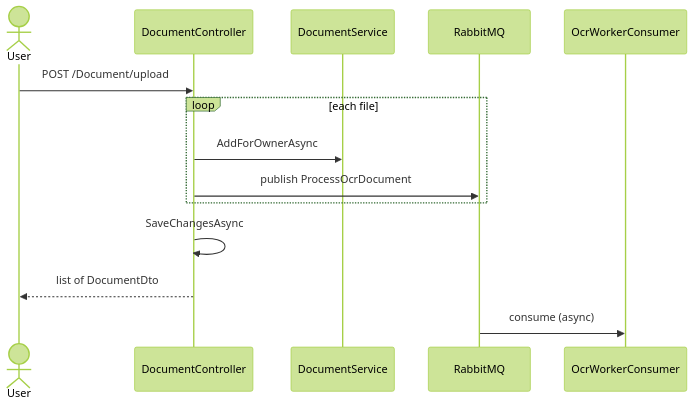
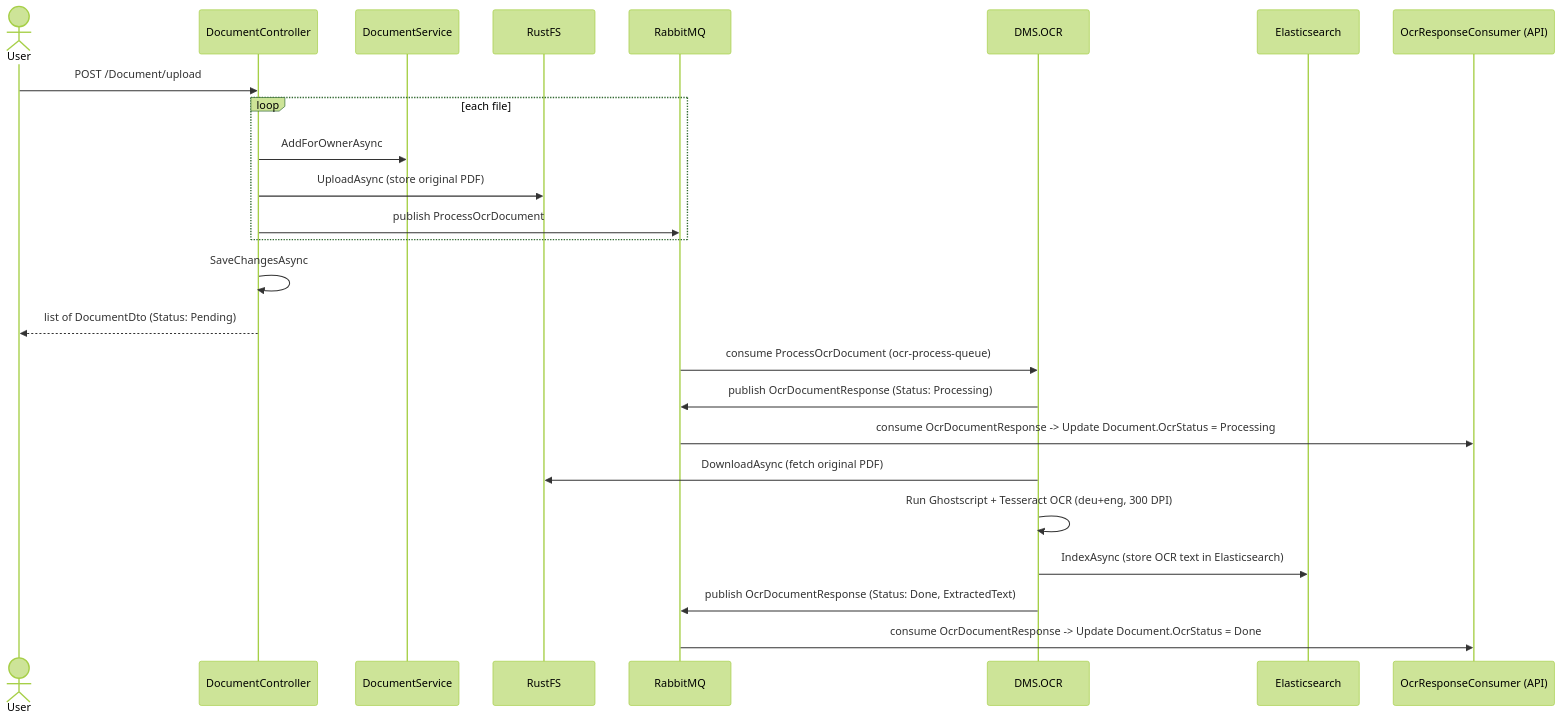
Before and after one commit to leopoldKainz/DMS: the third of 3 diagrams in README.md, drawn with Mermaid (forest theme). The commit also changed other lines of this file and 25 other files, not shown here.

Commit message:
Implement OCR worker service with Ghostscript and Tesseract integration, including Docker setup and RabbitMQ messaging

````diff
--- a/README.md
+++ b/README.md
@@ -65,17 +78,29 @@
 ```mermaid
 sequenceDiagram
     actor U as User
     participant A as DocumentController
     participant S as DocumentService
+    participant R as RustFS
     participant Q as RabbitMQ
-    participant O as OcrWorkerConsumer
+    participant W as DMS.OCR
+    participant ES as Elasticsearch
+    participant C as OcrResponseConsumer (API)
 
     U->>A: POST /Document/upload
     loop each file
         A->>S: AddForOwnerAsync
+        A->>R: UploadAsync (store original PDF)
         A->>Q: publish ProcessOcrDocument
     end
     A->>A: SaveChangesAsync
-    A-->>U: list of DocumentDto
-    Q->>O: consume (async)
+    A-->>U: list of DocumentDto (Status: Pending)
+
+    Q->>W: consume ProcessOcrDocument (ocr-process-queue)
+    W->>Q: publish OcrDocumentResponse (Status: Processing)
+    Q->>C: consume OcrDocumentResponse -> Update Document.OcrStatus = Processing
+    W->>R: DownloadAsync (fetch original PDF)
+    W->>W: Run Ghostscript + Tesseract OCR (deu+eng, 300 DPI)
+    W->>ES: IndexAsync (store OCR text in Elasticsearch)
+    W->>Q: publish OcrDocumentResponse (Status: Done, ExtractedText)
+    Q->>C: consume OcrDocumentResponse -> Update Document.OcrStatus = Done
 ```
````
